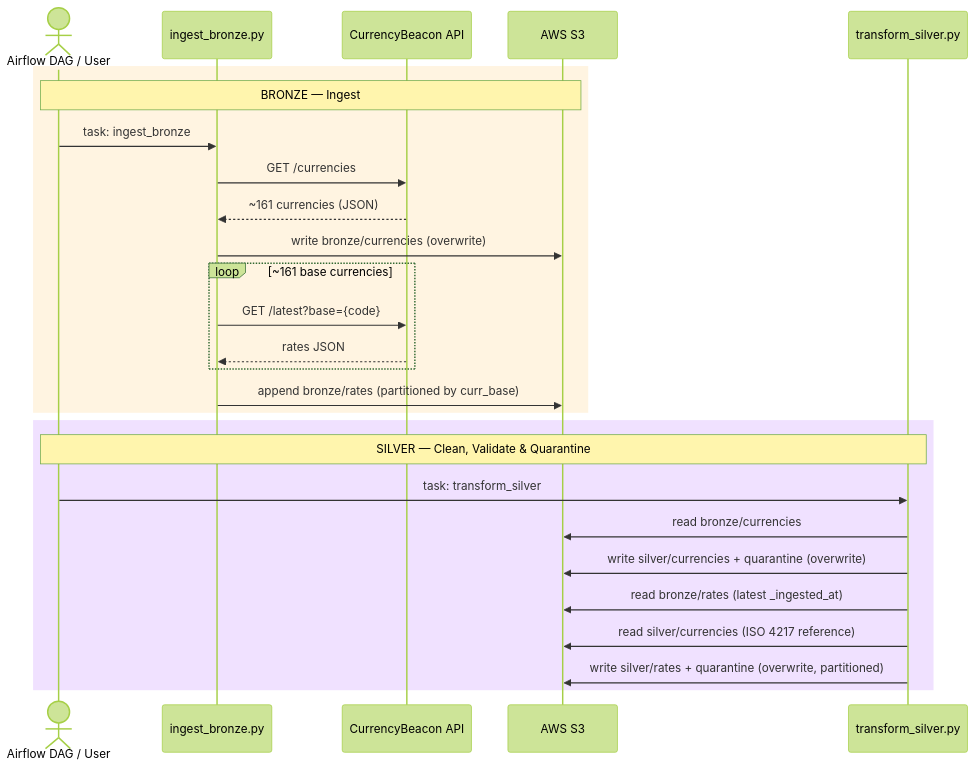
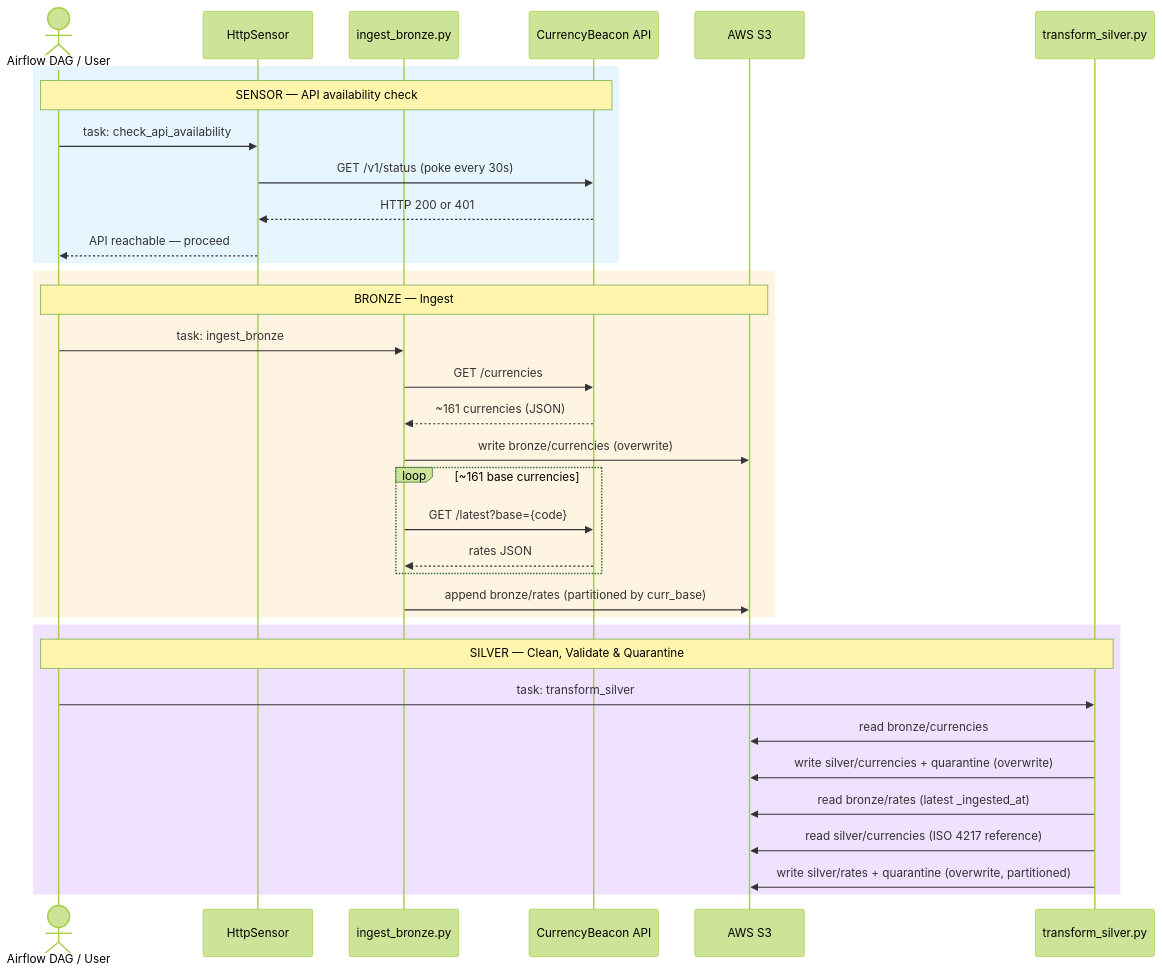
The first of 2 diagrams in diagrams/etl-sequence.md (TanelS/currency-pipeline), drawn with Mermaid (forest theme) before and after one commit. The commit also changed other lines of this file and 2 other files, not shown here.

Commit message:
Add SCD Type 2 support to pipeline diagrams: update `dim_currencies` flow, add `currencies_snapshot`, and include API sensor check

````diff
--- a/diagrams/etl-sequence.md
+++ b/diagrams/etl-sequence.md
@@ -7,31 +7,40 @@
 ```mermaid
 sequenceDiagram
     actor Orchestrator as Airflow DAG / User
+    participant SEN as HttpSensor
     participant IB as ingest_bronze.py
     participant API as CurrencyBeacon API
     participant S3 as AWS S3
     participant TS as transform_silver.py
+
+    rect rgb(230, 245, 255)
+        Note over Orchestrator,API: SENSOR — API availability check
+        Orchestrator->>SEN: task: check_api_availability
+        SEN->>API: GET /v1/status (poke every 30s)
+        API-->>SEN: HTTP 200 or 401
+        SEN-->>Orchestrator: API reachable — proceed
+    end
 
     rect rgb(255, 244, 225)
         Note over Orchestrator,S3: BRONZE — Ingest
         Orchestrator->>IB: task: ingest_bronze
         IB->>API: GET /currencies
         API-->>IB: ~161 currencies (JSON)
         IB->>S3: write bronze/currencies (overwrite)
         loop ~161 base currencies
             IB->>API: GET /latest?base={code}
             API-->>IB: rates JSON
         end
         IB->>S3: append bronze/rates (partitioned by curr_base)
     end
 
     rect rgb(240, 225, 255)
         Note over Orchestrator,TS: SILVER — Clean, Validate & Quarantine
         Orchestrator->>TS: task: transform_silver
         TS->>S3: read bronze/currencies
         TS->>S3: write silver/currencies + quarantine (overwrite)
         TS->>S3: read bronze/rates (latest _ingested_at)
         TS->>S3: read silver/currencies (ISO 4217 reference)
         TS->>S3: write silver/rates + quarantine (overwrite, partitioned)
     end
 ```
````
